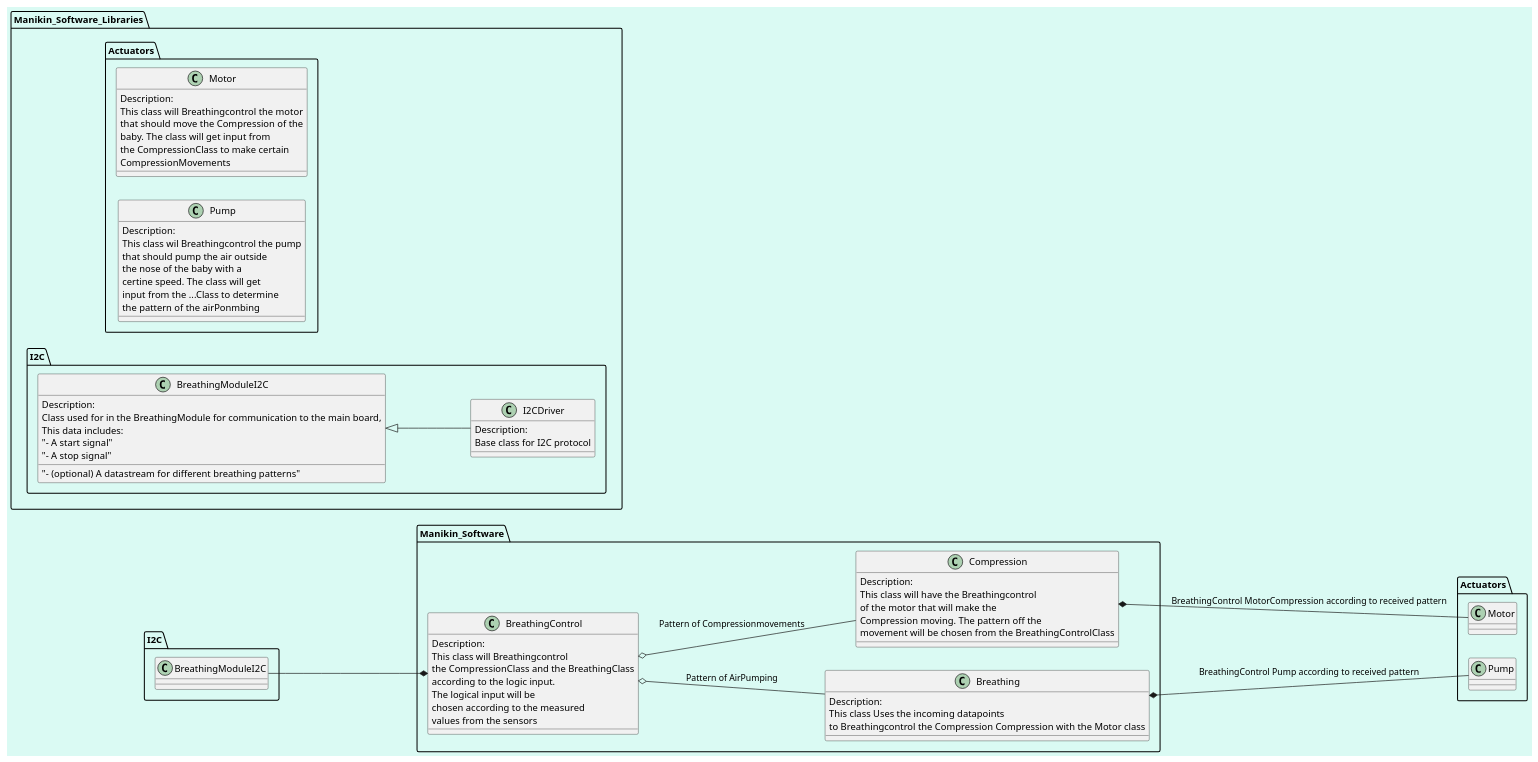
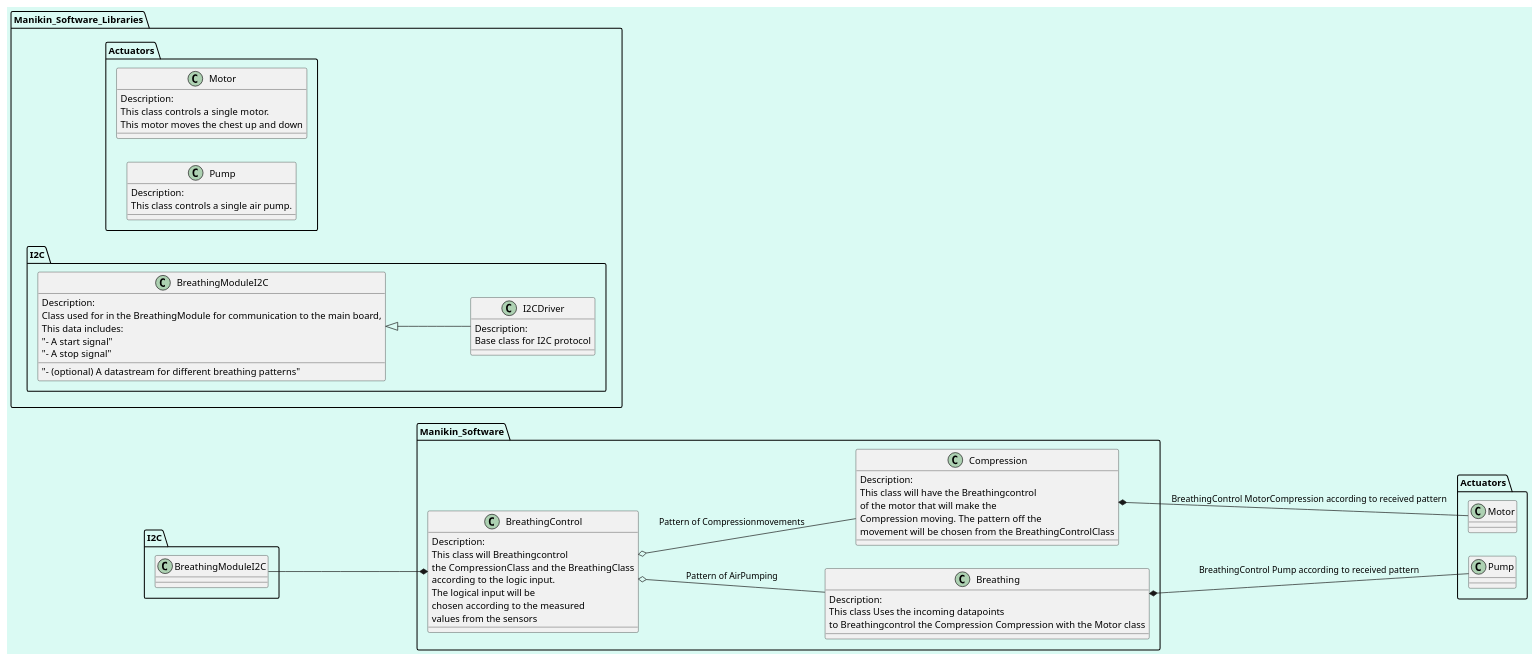
One commit to RobotPatient/Manikin_Software changed the diagram in ActuatorHub-breathingModule/docs/ClassDiagram.puml. Above: the diagram before and after it, drawn with PlantUML.

Commit message:
-enh small update on classdiagram

```diff
--- a/ActuatorHub-breathingModule/docs/ClassDiagram.puml
+++ b/ActuatorHub-breathingModule/docs/ClassDiagram.puml
@@ -1,79 +1,71 @@
 @startuml ClassDesign
 
 left to right direction
 
 skinparam backgroundColor #DAFAF3FF
 
 package Manikin_Software {
     class BreathingControl {
         Description:
         This class will Breathingcontrol
         the CompressionClass and the BreathingClass
         according to the logic input.
         The logical input will be 
         chosen according to the measured 
         values from the sensors
     }
 
     class Compression {
         Description:
         This class will have the Breathingcontrol
         of the motor that will make the 
         Compression moving. The pattern off the
         movement will be chosen from the BreathingControlClass
     }
 
     class Breathing {
         Description:
         This class Uses the incoming datapoints
         to Breathingcontrol the Compression Compression with the Motor class
     }
 }
 
 package Manikin_Software_Libraries {
     namespace Actuators {
         class Motor {
             Description:
-            This class will Breathingcontrol the motor
-            that should move the Compression of the
-            baby. The class will get input from
-            the CompressionClass to make certain 
-            CompressionMovements
+            This class controls a single motor.
+            This motor moves the chest up and down
         }
 
         class Pump {
             Description:
-            This class wil Breathingcontrol the pump
-            that should pump the air outside 
-            the nose of the baby with a 
-            certine speed. The class will get
-            input from the ...Class to determine 
-            the pattern of the airPonmbing 
+            This class controls a single air pump.
         }
     }
     namespace I2C {
         class I2CDriver {
             Description:
             Base class for I2C protocol
         }
 
         class BreathingModuleI2C {
             Description:
             Class used for in the BreathingModule for communication to the main board,
             This data includes:
             "- A start signal"
             "- A stop signal"
             "- (optional) A datastream for different breathing patterns"            
         }
 
         BreathingModuleI2C <|-- I2CDriver
     }
 }
 
 I2C.BreathingModuleI2C --* BreathingControl 
 BreathingControl o-- Compression : Pattern of Compressionmovements
 BreathingControl o-- Breathing : Pattern of AirPumping
 Compression   *-- Actuators.Motor : BreathingControl MotorCompression according to received pattern
 Breathing *-- Actuators.Pump : BreathingControl Pump according to received pattern
 
 @enduml
```
